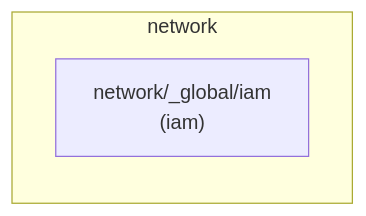
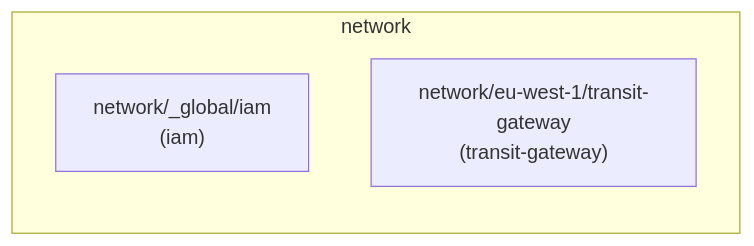
The diagram in docs/diagrams/network.md (100rd/platform-design), drawn with Mermaid before and after one commit. The commit also changed 2 other files, not shown here.

Commit message:
docs: regenerate infrastructure diagrams

````diff
--- a/docs/diagrams/network.md
+++ b/docs/diagrams/network.md
@@ -7,6 +7,7 @@
 ```mermaid
 graph LR
   subgraph network["network"]
     network__global_iam["network/_global/iam<br/>(iam)"]
+    network_eu_west_1_transit_gateway["network/eu-west-1/transit-gateway<br/>(transit-gateway)"]
   end
 ```
````
